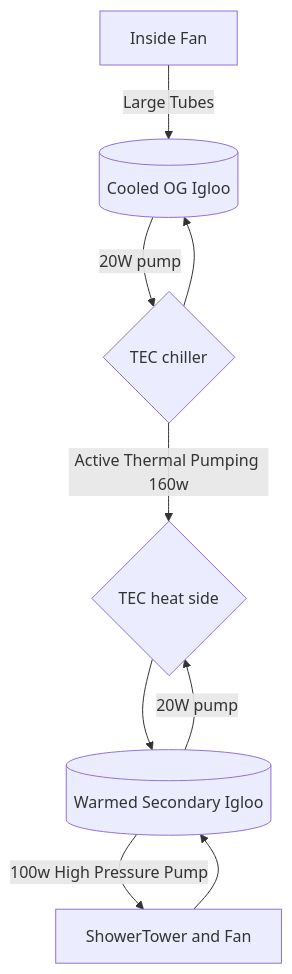
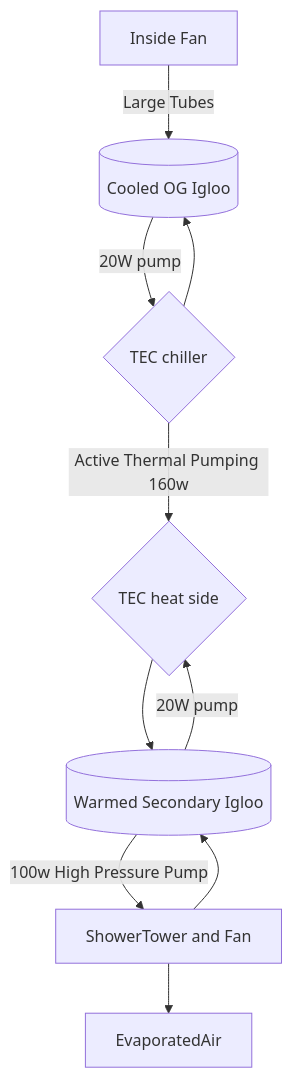
Before and after one commit to ericdmoore/casitaAzul: the diagram in src/cooling/readme.md, drawn with Mermaid.

Commit message:
diagram updates.7

````diff
--- a/src/cooling/readme.md
+++ b/src/cooling/readme.md
@@ -28,12 +28,13 @@
 ```mermaid
 flowchart TD
 
    IDU[Inside Fan] -->|Large Tubes| IDUtub[(Cooled OG Igloo)]
    IDUtub -->|20W pump| TECcold{TEC chiller}
    TECcold --> IDUtub
    TECcold --> |Active Thermal Pumping 160w| TEChot{TEC heat side}
    ODUtub[(Warmed Secondary Igloo)] -->|20W pump| TEChot
    TEChot --> ODUtub
    ODUtub --> |100w High Pressure Pump| ShowerTower[ShowerTower and Fan]
    ShowerTower --> ODUtub
+   ShowerTower --> EvaporatedAir
 ```
````
